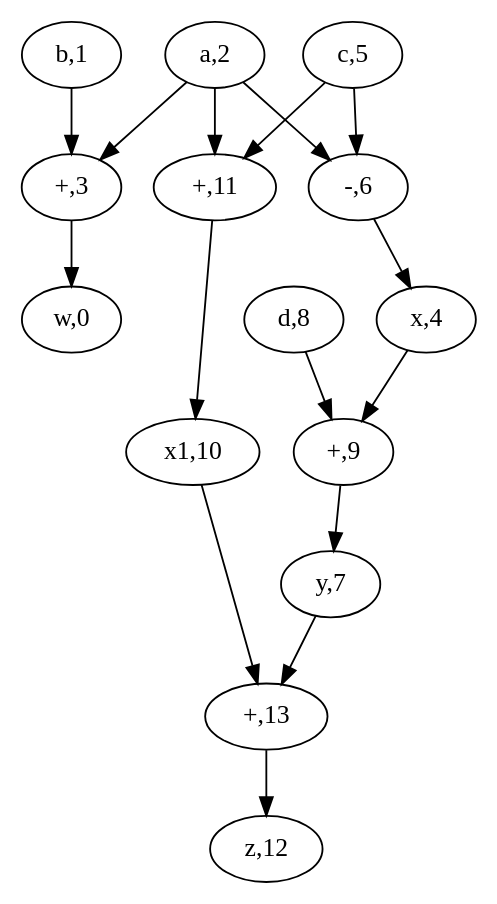
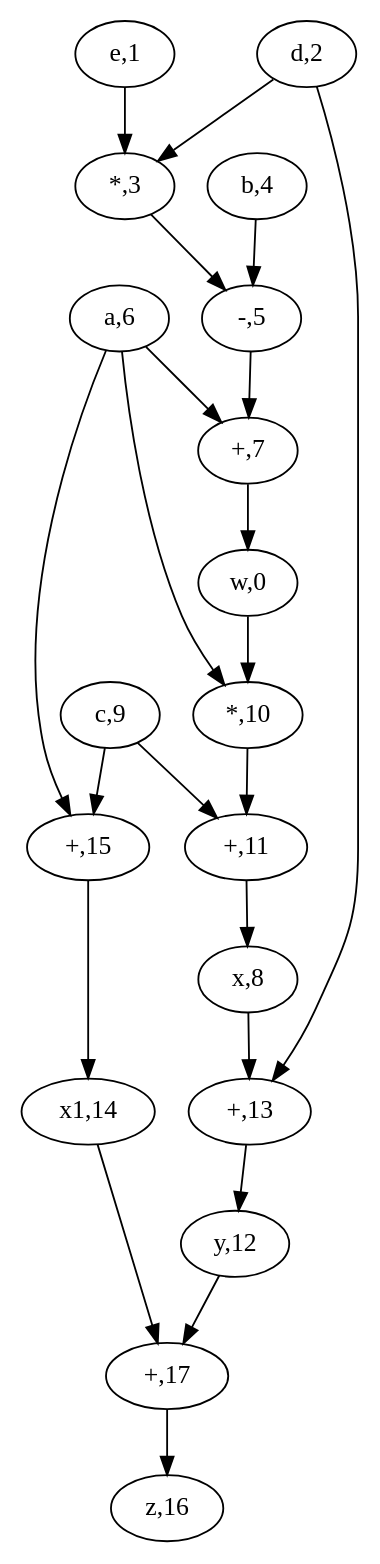
Before and after one commit to etikshajain/COL719: the diagram in A1/io/dfg_3.dot, drawn with Graphviz. The commit also changed 3 other files, not shown here.

```diff
--- a/A1/io/dfg_3.dot
+++ b/A1/io/dfg_3.dot
@@ -1,31 +1,41 @@
 digraph DFG {
-    "0x151e05d90" [label="w,0"];
-    "0x151e05e00" [label="b,1"];
-    "0x151e05e00" -> "0x151e061f0";
-    "0x151e061f0" [label="+,3"];
-    "0x151e061f0" -> "0x151e05d90";
-    "0x151e06150" [label="a,2"];
-    "0x151e06150" -> "0x151e061f0";
-    "0x151e06150" -> "0x151e063a0";
-    "0x151e063a0" [label="-,6"];
-    "0x151e063a0" -> "0x151e06230";
-    "0x151e06230" [label="x,4"];
-    "0x151e06230" -> "0x151e06270";
-    "0x151e06270" [label="+,9"];
-    "0x151e06270" -> "0x151e05d30";
-    "0x151e05d30" [label="y,7"];
-    "0x151e05d30" -> "0x151e06710";
-    "0x151e06710" [label="+,13"];
-    "0x151e06710" -> "0x151e066a0";
-    "0x151e066a0" [label="z,12"];
-    "0x151e06150" -> "0x151e06620";
-    "0x151e06620" [label="+,11"];
-    "0x151e06620" -> "0x151e064d0";
-    "0x151e064d0" [label="x1,10"];
-    "0x151e064d0" -> "0x151e06710";
-    "0x151e062b0" [label="c,5"];
-    "0x151e062b0" -> "0x151e063a0";
-    "0x151e062b0" -> "0x151e06620";
-    "0x151e06530" [label="d,8"];
-    "0x151e06530" -> "0x151e06270";
+    "0x138e05e50" [label="w,0"];
+    "0x138e05e50" -> "0x138e06590";
+    "0x138e06590" [label="*,10"];
+    "0x138e06590" -> "0x138e066c0";
+    "0x138e066c0" [label="+,11"];
+    "0x138e066c0" -> "0x138e062c0";
+    "0x138e062c0" [label="x,8"];
+    "0x138e062c0" -> "0x138e06650";
+    "0x138e06650" [label="+,13"];
+    "0x138e06650" -> "0x138e06700";
+    "0x138e06700" [label="y,12"];
+    "0x138e06700" -> "0x138e06890";
+    "0x138e06890" [label="+,17"];
+    "0x138e06890" -> "0x138e06820";
+    "0x138e06820" [label="z,16"];
+    "0x138e060f0" [label="e,1"];
+    "0x138e060f0" -> "0x138e061d0";
+    "0x138e061d0" [label="*,3"];
+    "0x138e061d0" -> "0x138e06390";
+    "0x138e06390" [label="-,5"];
+    "0x138e06390" -> "0x138e06450";
+    "0x138e06450" [label="+,7"];
+    "0x138e06450" -> "0x138e05e50";
+    "0x138e06130" [label="d,2"];
+    "0x138e06130" -> "0x138e061d0";
+    "0x138e06130" -> "0x138e06650";
+    "0x138e06210" [label="b,4"];
+    "0x138e06210" -> "0x138e06390";
+    "0x138e063e0" [label="a,6"];
+    "0x138e063e0" -> "0x138e06450";
+    "0x138e063e0" -> "0x138e06590";
+    "0x138e063e0" -> "0x138e067a0";
+    "0x138e067a0" [label="+,15"];
+    "0x138e067a0" -> "0x138e06760";
+    "0x138e06760" [label="x1,14"];
+    "0x138e06760" -> "0x138e06890";
+    "0x138e06250" [label="c,9"];
+    "0x138e06250" -> "0x138e066c0";
+    "0x138e06250" -> "0x138e067a0";
 }
```
